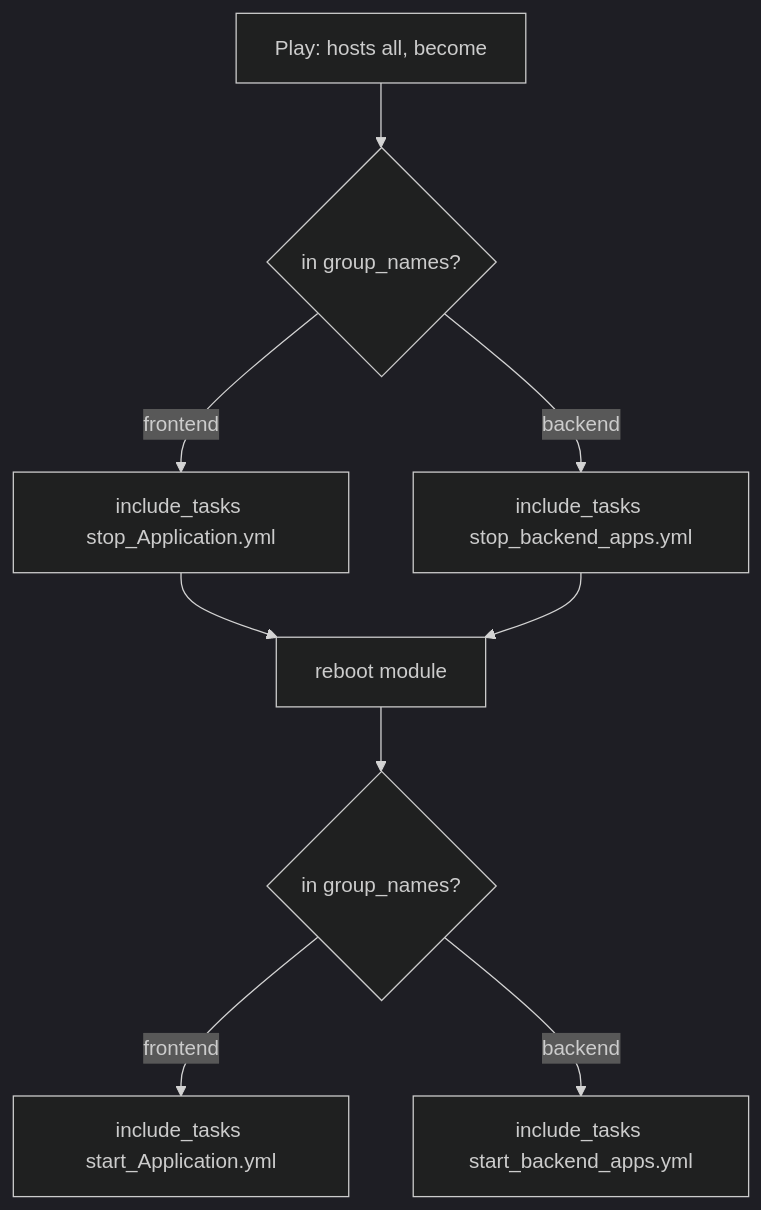
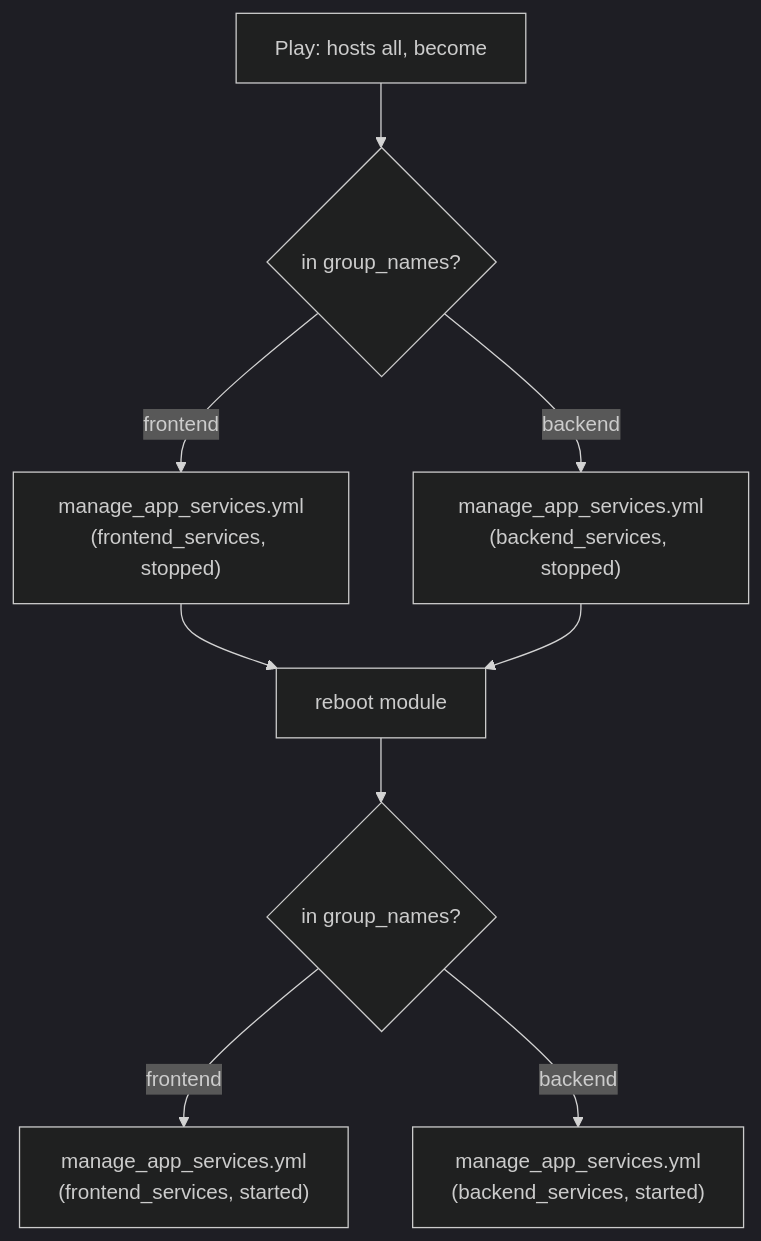
One commit to tdlmatias/devops-labs-tchize changed the second of 2 diagrams in docs/ARCHITECTURE.md. Above: the diagram before and after it, drawn with Mermaid (dark theme). The commit also changed other lines of this file and 6 other files, not shown here.

````diff
--- a/docs/ARCHITECTURE.md
+++ b/docs/ARCHITECTURE.md
@@ -187,11 +192,11 @@
 ```mermaid
 flowchart TD
     A[Play: hosts all, become] --> B{in group_names?}
-    B -- frontend --> C[include_tasks stop_Application.yml]
-    B -- backend --> D[include_tasks stop_backend_apps.yml]
+    B -- frontend --> C["manage_app_services.yml<br/>(frontend_services, stopped)"]
+    B -- backend --> D["manage_app_services.yml<br/>(backend_services, stopped)"]
     C --> E[reboot module]
     D --> E
     E --> F{in group_names?}
-    F -- frontend --> G[include_tasks start_Application.yml]
-    F -- backend --> H[include_tasks start_backend_apps.yml]
+    F -- frontend --> G["manage_app_services.yml<br/>(frontend_services, started)"]
+    F -- backend --> H["manage_app_services.yml<br/>(backend_services, started)"]
 ```
````
